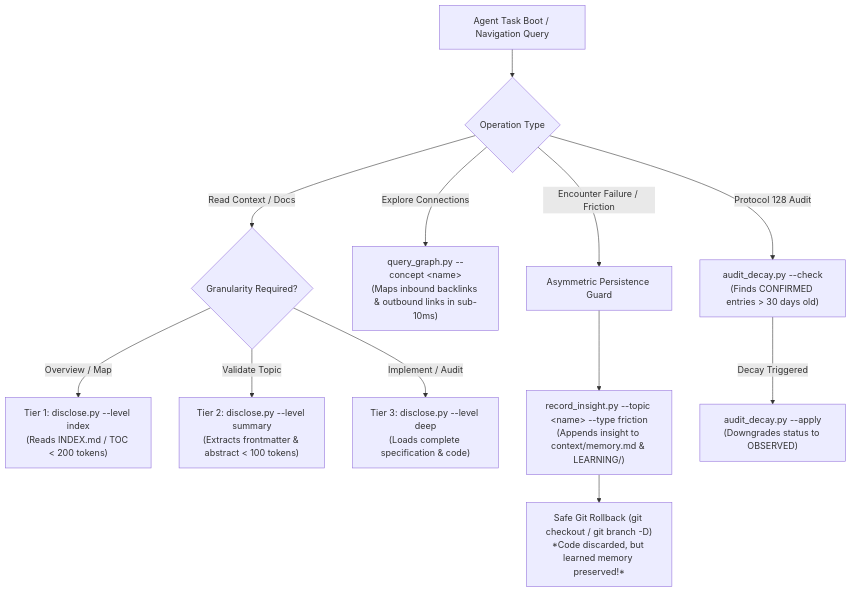
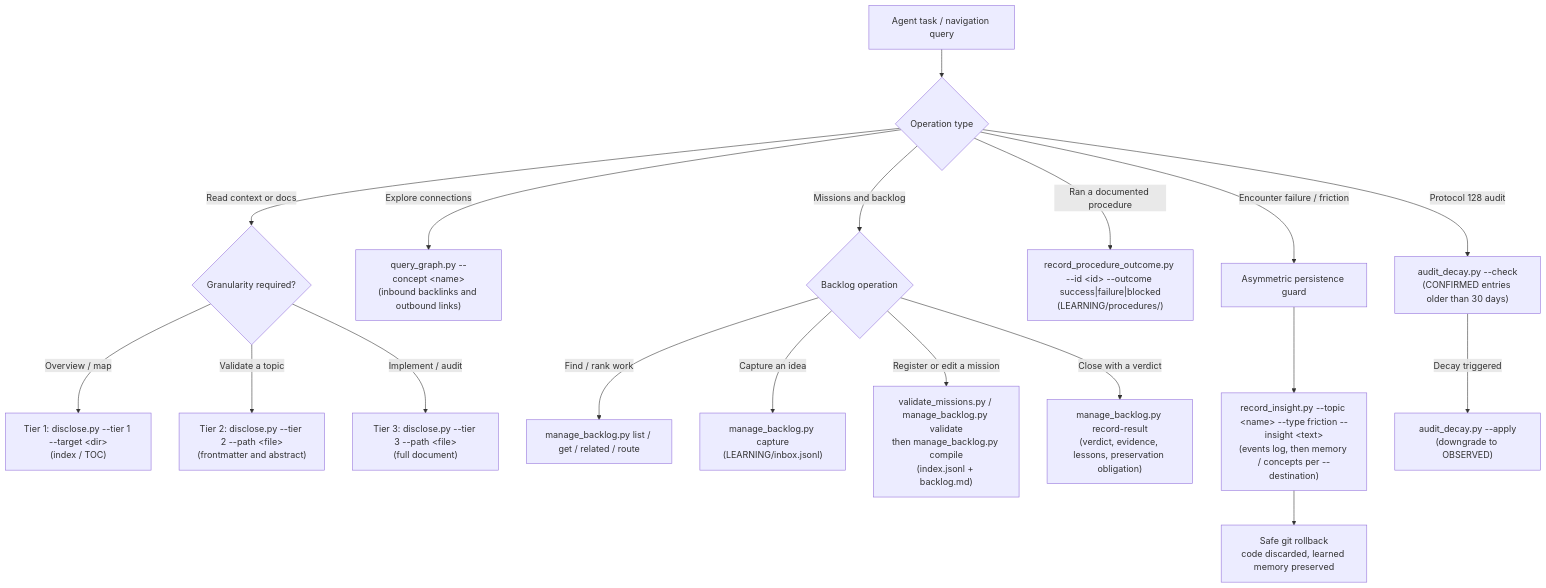
The diagram in plugins/sanctuary-core/.apm/skills/managing-sovereign-memory/managing-sovereign-memory-flow.mmd (richfrem/Project_Sanctuary), drawn with Mermaid before and after one commit. The commit also changed 7 other files, not shown here.

Commit message:
docs(diagrams): move and update Sanctuary Bot flow diagram; complete sovereign-memory flow diagram

```diff
--- a/plugins/sanctuary-core/.apm/skills/managing-sovereign-memory/managing-sovereign-memory-flow.mmd
+++ b/plugins/sanctuary-core/.apm/skills/managing-sovereign-memory/managing-sovereign-memory-flow.mmd
@@ -1,20 +1,30 @@
 flowchart TD
-    Start["Agent Task Boot / Navigation Query"] --> Route{"Operation Type"}
+    Start["Agent task / navigation query"] --> Route{"Operation type"}
 
-    %% Progressive Disclosure
-    Route -->|"Read Context / Docs"| TierCheck{"Granularity Required?"}
-    TierCheck -->|"Overview / Map"| Tier1["Tier 1: disclose.py --level index<br/>(Reads INDEX.md / TOC &lt; 200 tokens)"]
-    TierCheck -->|"Validate Topic"| Tier2["Tier 2: disclose.py --level summary<br/>(Extracts frontmatter &amp; abstract &lt; 100 tokens)"]
-    TierCheck -->|"Implement / Audit"| Tier3["Tier 3: disclose.py --level deep<br/>(Loads complete specification &amp; code)"]
+    %% Progressive disclosure
+    Route -->|"Read context or docs"| TierCheck{"Granularity required?"}
+    TierCheck -->|"Overview / map"| Tier1["Tier 1: disclose.py --tier 1 --target &lt;dir&gt;<br/>(index / TOC)"]
+    TierCheck -->|"Validate a topic"| Tier2["Tier 2: disclose.py --tier 2 --path &lt;file&gt;<br/>(frontmatter and abstract)"]
+    TierCheck -->|"Implement / audit"| Tier3["Tier 3: disclose.py --tier 3 --path &lt;file&gt;<br/>(full document)"]
 
-    %% Associative Graph
-    Route -->|"Explore Connections"| Graph["query_graph.py --concept &lt;name&gt;<br/>(Maps inbound backlinks &amp; outbound links in sub-10ms)"]
+    %% Associative graph
+    Route -->|"Explore connections"| Graph["query_graph.py --concept &lt;name&gt;<br/>(inbound backlinks and outbound links)"]
 
-    %% Asymmetric Persistence
-    Route -->|"Encounter Failure / Friction"| FailGuard["Asymmetric Persistence Guard"]
-    FailGuard --> Rec["record_insight.py --topic &lt;name&gt; --type friction<br/>(Appends insight to context/memory.md &amp; LEARNING/)"]
-    Rec --> Rollback["Safe Git Rollback (git checkout / git branch -D)<br/>*Code discarded, but learned memory preserved!*"]
+    %% Mission backlog (agent-native)
+    Route -->|"Missions and backlog"| Backlog{"Backlog operation"}
+    Backlog -->|"Find / rank work"| BList["manage_backlog.py list / get / related / route"]
+    Backlog -->|"Capture an idea"| BCap["manage_backlog.py capture<br/>(LEARNING/inbox.jsonl)"]
+    Backlog -->|"Register or edit a mission"| BVal["validate_missions.py / manage_backlog.py validate<br/>then manage_backlog.py compile<br/>(index.jsonl + backlog.md)"]
+    Backlog -->|"Close with a verdict"| BRes["manage_backlog.py record-result<br/>(verdict, evidence, lessons, preservation obligation)"]
 
-    %% Confidence Decay
-    Route -->|"Protocol 128 Audit"| Decay["audit_decay.py --check<br/>(Finds CONFIRMED entries &gt; 30 days old)"]
-    Decay -->|"Decay Triggered"| Downgrade["audit_decay.py --apply<br/>(Downgrades status to OBSERVED)"]
+    %% Procedural memory
+    Route -->|"Ran a documented procedure"| Proc["record_procedure_outcome.py --id &lt;id&gt; --outcome success|failure|blocked<br/>(LEARNING/procedures/)"]
+
+    %% Asymmetric persistence
+    Route -->|"Encounter failure / friction"| FailGuard["Asymmetric persistence guard"]
+    FailGuard --> Rec["record_insight.py --topic &lt;name&gt; --type friction --insight &lt;text&gt;<br/>(events log, then memory / concepts per --destination)"]
+    Rec --> Rollback["Safe git rollback<br/>code discarded, learned memory preserved"]
+
+    %% Confidence decay
+    Route -->|"Protocol 128 audit"| Decay["audit_decay.py --check<br/>(CONFIRMED entries older than 30 days)"]
+    Decay -->|"Decay triggered"| Downgrade["audit_decay.py --apply<br/>(downgrade to OBSERVED)"]
```
